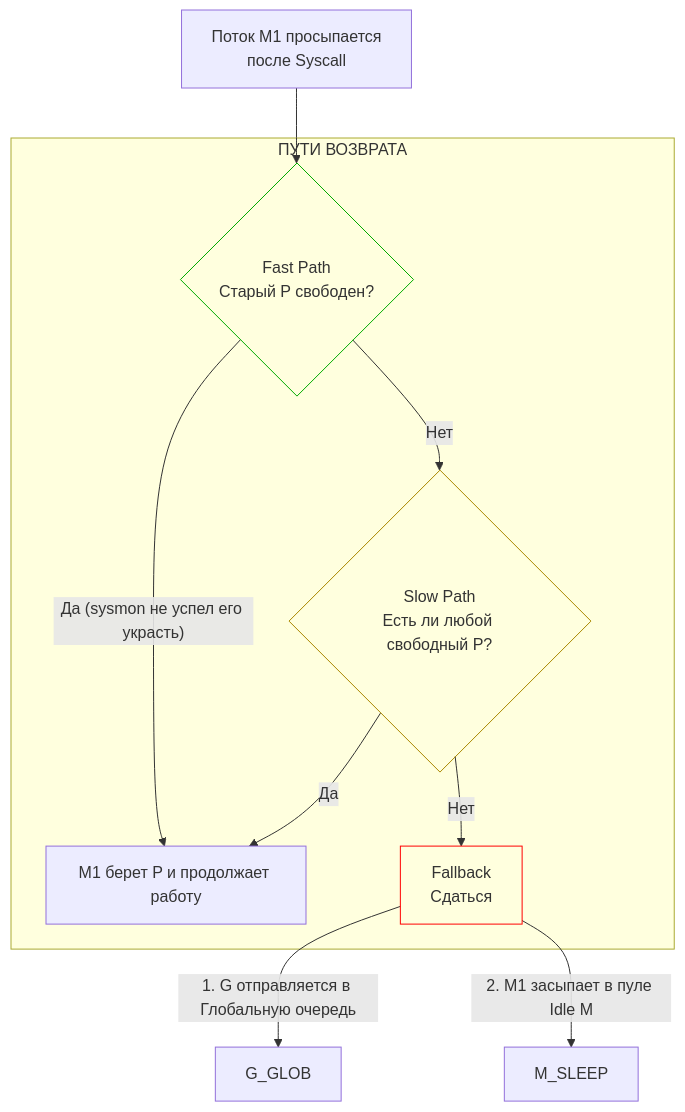
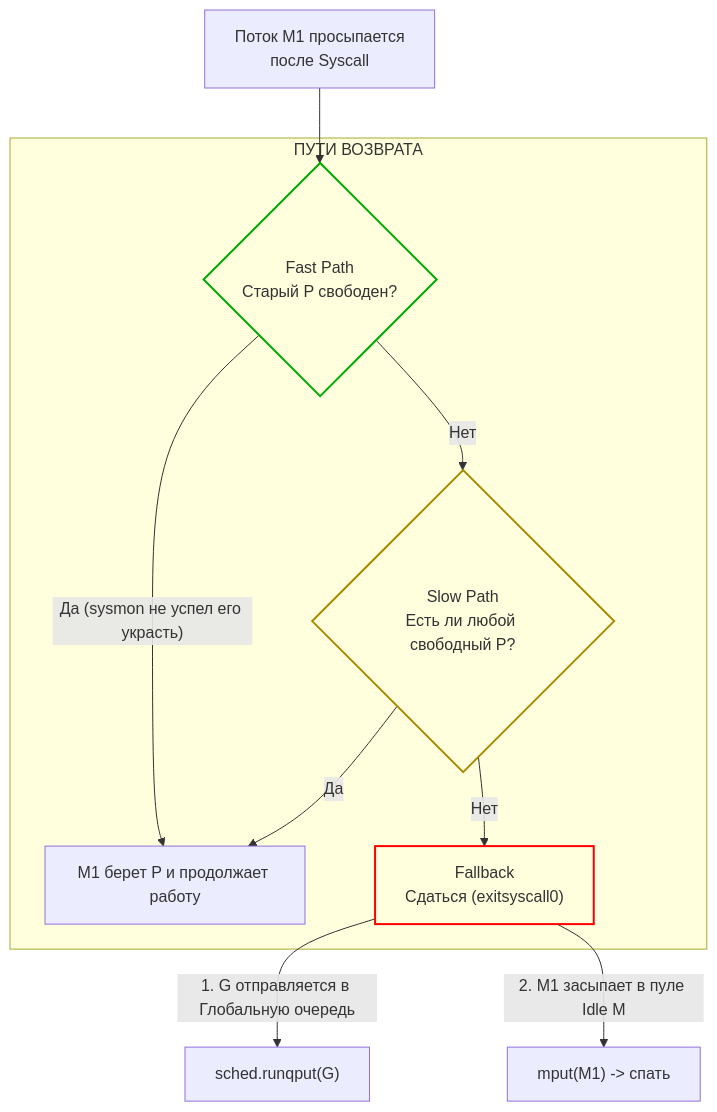
One commit to UnrealTemplier/go-textbook changed the second of 2 diagrams in sources/7. Глубокий Go (Внутреннее устройство)/42. Планировщик и блокирующие syscalls.md. Above: the diagram before and after it, drawn with Mermaid. The commit also changed other lines of this file, not shown here.

`````diff
--- a/sources/7. Глубокий Go (Внутреннее устройство)/42. Планировщик и блокирующие syscalls.md
+++ b/sources/7. Глубокий Go (Внутреннее устройство)/42. Планировщик и блокирующие syscalls.md
@@ -40,22 +61,22 @@
 ```mermaid
 flowchart TD
     WAKEUP["Поток M1 просыпается<br>после Syscall"] --> FAST_PATH
     
     subgraph ПУТИ ВОЗВРАТА
         FAST_PATH{"Fast Path<br>Старый P свободен?"}
         SLOW_PATH{"Slow Path<br>Есть ли любой свободный P?"}
-        FALLBACK["Fallback<br>Сдаться"]
+        FALLBACK["Fallback<br>Сдаться (exitsyscall0)"]
         
         FAST_PATH -->|"Да (sysmon не успел его украсть)"| SUCCESS["M1 берет P и продолжает работу"]
         FAST_PATH -->|"Нет"| SLOW_PATH
         SLOW_PATH -->|"Да"| SUCCESS
         SLOW_PATH -->|"Нет"| FALLBACK
     end
     
-    FALLBACK -->|"1. G отправляется в Глобальную очередь"| G_GLOB
-    FALLBACK -->|"2. M1 засыпает в пуле Idle M"| M_SLEEP
+    FALLBACK -->|"1. G отправляется в Глобальную очередь"| G_GLOB["sched.runqput(G)"]
+    FALLBACK -->|"2. M1 засыпает в пуле Idle M"| M_SLEEP["mput(M1) -> спать"]
     
-    style FAST_PATH fill:transparent,stroke:#00aa00
-    style SLOW_PATH fill:transparent,stroke:#aa8800
-    style FALLBACK fill:transparent,stroke:#ff0000
-````
+    style FAST_PATH fill:transparent,stroke:#00aa00,stroke-width:2px
+    style SLOW_PATH fill:transparent,stroke:#aa8800,stroke-width:2px
+    style FALLBACK fill:transparent,stroke:#ff0000,stroke-width:2px
+```
`````
